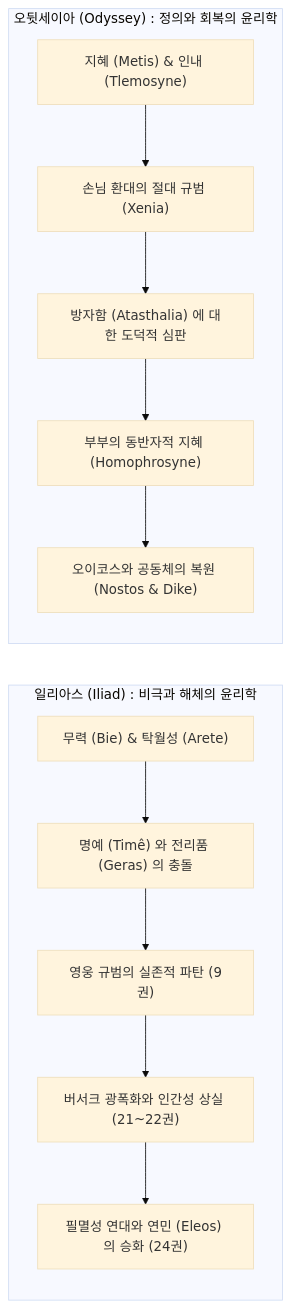
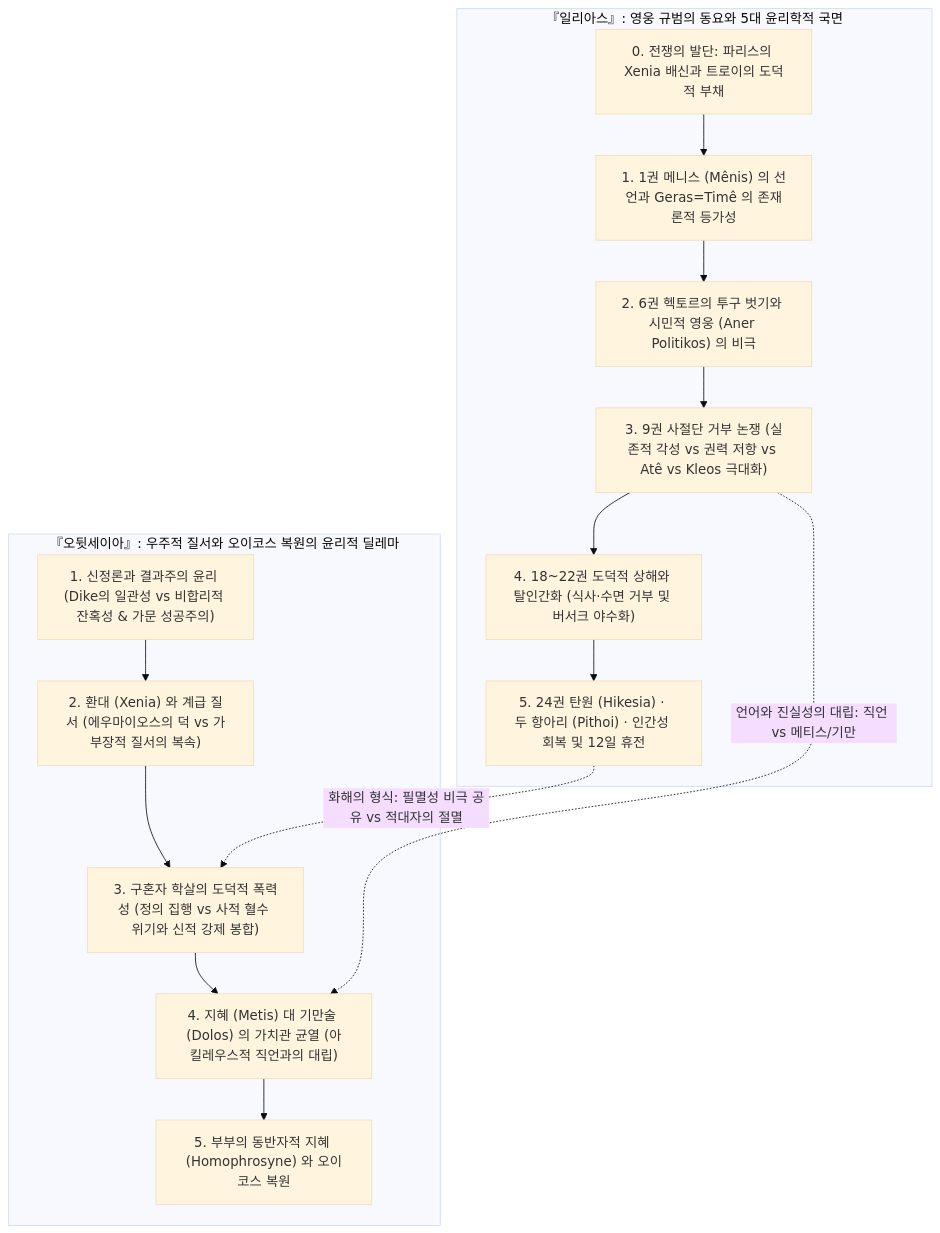
One commit to YgHnSIM/Homer_wiki changed the first of 3 diagrams in wiki/analyses/homeric-ethics-literature-review.md. Above: the diagram before and after it, drawn with Mermaid (base theme). The commit also changed other lines of this file, not shown here.

Commit message:
docs(analyses): 서사시 윤리학 5대 국면 심화 및 homer-review 결과 반영

````diff
--- a/wiki/analyses/homeric-ethics-literature-review.md
+++ b/wiki/analyses/homeric-ethics-literature-review.md
@@ -73,16 +73,24 @@
 ```mermaid
-graph LR
-    subgraph "일리아스 (Iliad) : 비극과 해체의 윤리학"
-        I1["무력 (Bie) & 탁월성 (Arete)"] --> I2["명예 (Timê) 와 전리품 (Geras) 의 충돌"]
-        I2 --> I3["영웅 규범의 실존적 파탄 (9권)"]
-        I3 --> I4["버서크 광폭화와 인간성 상실 (21~22권)"]
-        I4 --> I5["필멸성 연대와 연민 (Eleos) 의 승화 (24권)"]
+graph TD
+    subgraph "『일리아스』: 영웅 규범의 동요와 5대 윤리학적 국면"
+        I0["0. 전쟁의 발단: 파리스의 Xenia 배신과 트로이의 도덕적 부채"]
+        I1["1. 1권 메니스 (Mênis) 의 선언과 Geras=Timê 의 존재론적 등가성"]
+        I2["2. 6권 헥토르의 투구 벗기와 시민적 영웅 (Aner Politikos) 의 비극"]
+        I3["3. 9권 사절단 거부 논쟁 (실존적 각성 vs 권력 저항 vs Atê vs Kleos 극대화)"]
+        I4["4. 18~22권 도덕적 상해와 탈인간화 (식사·수면 거부 및 버서크 야수화)"]
+        I5["5. 24권 탄원 (Hikesia) · 두 항아리 (Pithoi) · 인간성 회복 및 12일 휴전"]
+        I0 --> I1 --> I2 --> I3 --> I4 --> I5
     end
 
-    subgraph "오뒷세이아 (Odyssey) : 정의와 회복의 윤리학"
-        O1["지혜 (Metis) & 인내 (Tlemosyne)"] --> O2["손님 환대의 절대 규범 (Xenia)"]
-        O2 --> O3["방자함 (Atasthalia) 에 대한 도덕적 심판"]
-        O3 --> O4["부부의 동반자적 지혜 (Homophrosyne)"]
-        O4 --> O5["오이코스와 공동체의 복원 (Nostos & Dike)"]
+    subgraph "『오뒷세이아』: 우주적 질서와 오이코스 복원의 윤리적 딜레마"
+        O1["1. 신정론과 결과주의 윤리 (Dike의 일관성 vs 비합리적 잔혹성 & 가문 성공주의)"]
+        O2["2. 환대 (Xenia) 와 계급 질서 (에우마이오스의 덕 vs 가부장적 질서의 복속)"]
+        O3["3. 구혼자 학살의 도덕적 폭력성 (정의 집행 vs 사적 혈수 위기와 신적 강제 봉합)"]
+        O4["4. 지혜 (Metis) 대 기만술 (Dolos) 의 가치관 균열 (아킬레우스적 직언과의 대립)"]
+        O5["5. 부부의 동반자적 지혜 (Homophrosyne) 와 오이코스 복원"]
+        O1 --> O2 --> O3 --> O4 --> O5
     end
+
+    I3 -.->|언어와 진실성의 대립: 직언 vs 메티스/기만| O4
+    I5 -.->|화해의 형식: 필멸성 비극 공유 vs 적대자의 절멸| O3
 ```
````
